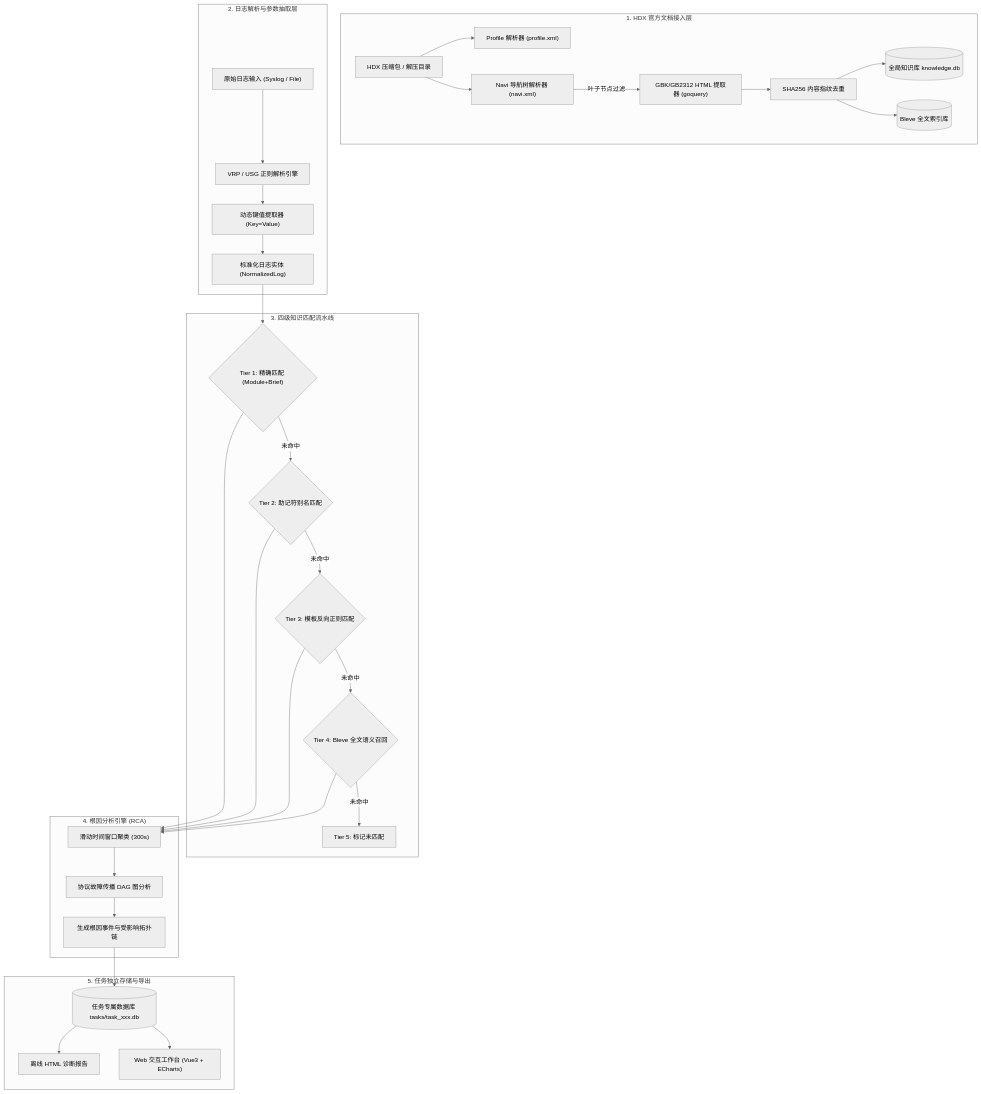
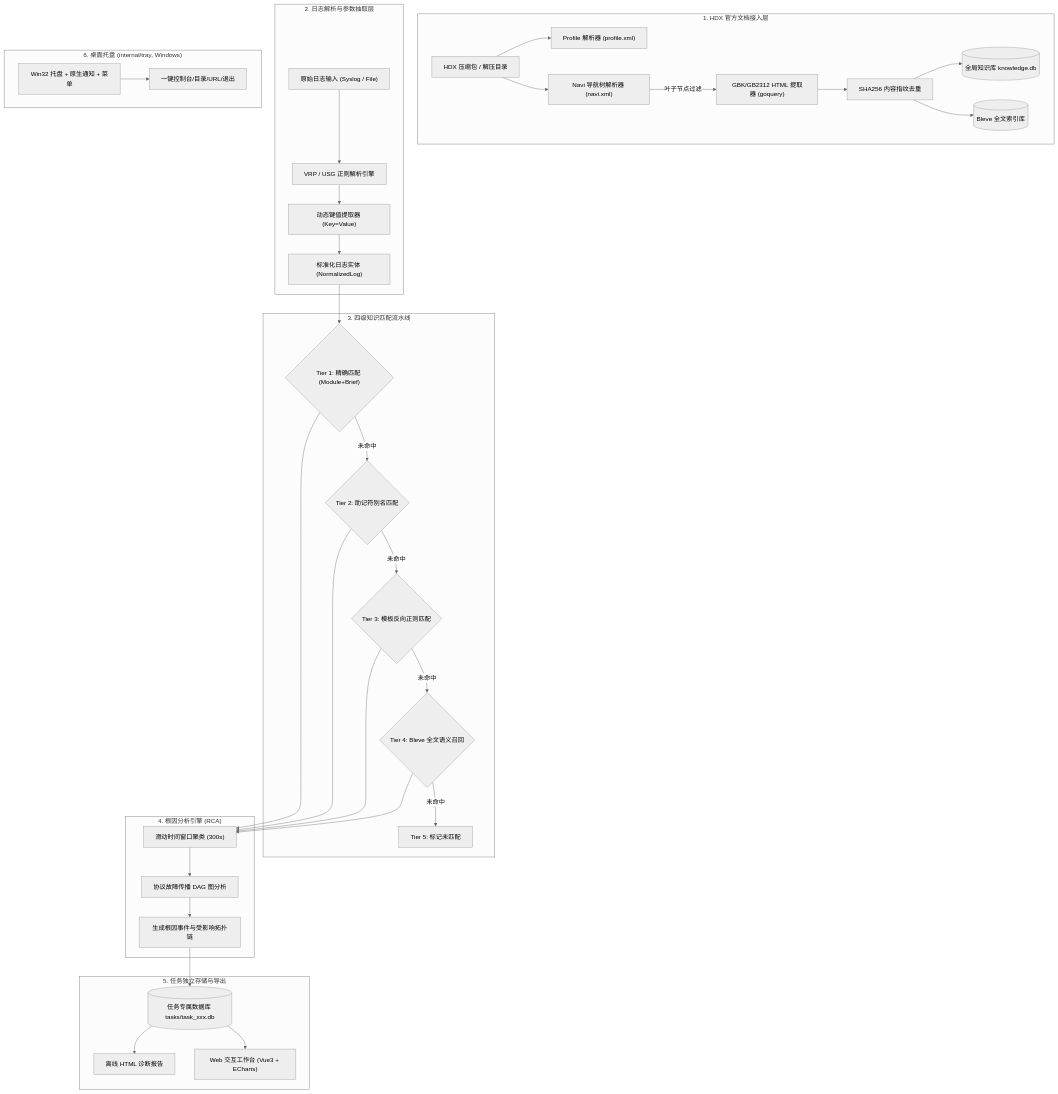
Before and after one commit to DeavorWei/LogAuditorGo: the diagram in README.md, drawn with Mermaid (neutral theme). The commit also changed other lines of this file and 2 other files, not shown here.

````diff
--- a/README.md
+++ b/README.md
@@ -71,37 +74,41 @@
 ```mermaid
 flowchart TD
     subgraph HDXDoc["1. HDX 官方文档接入层"]
         A1["HDX 压缩包 / 解压目录"] --> A2["Profile 解析器 (profile.xml)"]
         A1 --> A3["Navi 导航树解析器 (navi.xml)"]
         A3 -->|叶子节点过滤| A4["GBK/GB2312 HTML 提取器 (goquery)"]
         A4 --> A5["SHA256 内容指纹去重"]
         A5 --> A6[("全局知识库 knowledge.db")]
         A5 --> A7[("Bleve 全文索引库")]
     end
 
     subgraph LogParsing["2. 日志解析与参数抽取层"]
         B1["原始日志输入 (Syslog / File)"] --> B2["VRP / USG 正则解析引擎"]
         B2 --> B3["动态键值提取器 (Key=Value)"]
         B3 --> B4["标准化日志实体 (NormalizedLog)"]
     end
 
     subgraph MatchPipeline["3. 四级知识匹配流水线"]
         B4 --> C1{"Tier 1: 精确匹配 (Module+Brief)"}
         C1 -->|未命中| C2{"Tier 2: 助记符别名匹配"}
         C2 -->|未命中| C3{"Tier 3: 模板反向正则匹配"}
         C3 -->|未命中| C4{"Tier 4: Bleve 全文语义召回"}
         C4 -->|未命中| C5["Tier 5: 标记未匹配"]
     end
 
     subgraph RCAEngine["4. 根因分析引擎 (RCA)"]
         C1 & C2 & C3 & C4 --> D1["滑动时间窗口聚类 (300s)"]
         D1 --> D2["协议故障传播 DAG 图分析"]
         D2 --> D3["生成根因事件与受影响拓扑链"]
     end
 
     subgraph TaskStorage["5. 任务独立存储与导出"]
         D3 --> E1[("任务专属数据库 tasks/task_xxx.db")]
         E1 --> E2["离线 HTML 诊断报告"]
         E1 --> E3["Web 交互工作台 (Vue3 + ECharts)"]
     end
+
+    subgraph TrayLayer["6. 桌面托盘 (internal/tray, Windows)"]
+        T1["Win32 托盘 + 原生通知 + 菜单"] --> T2["一键控制台/目录/URL/退出"]
+    end
 ```
````
